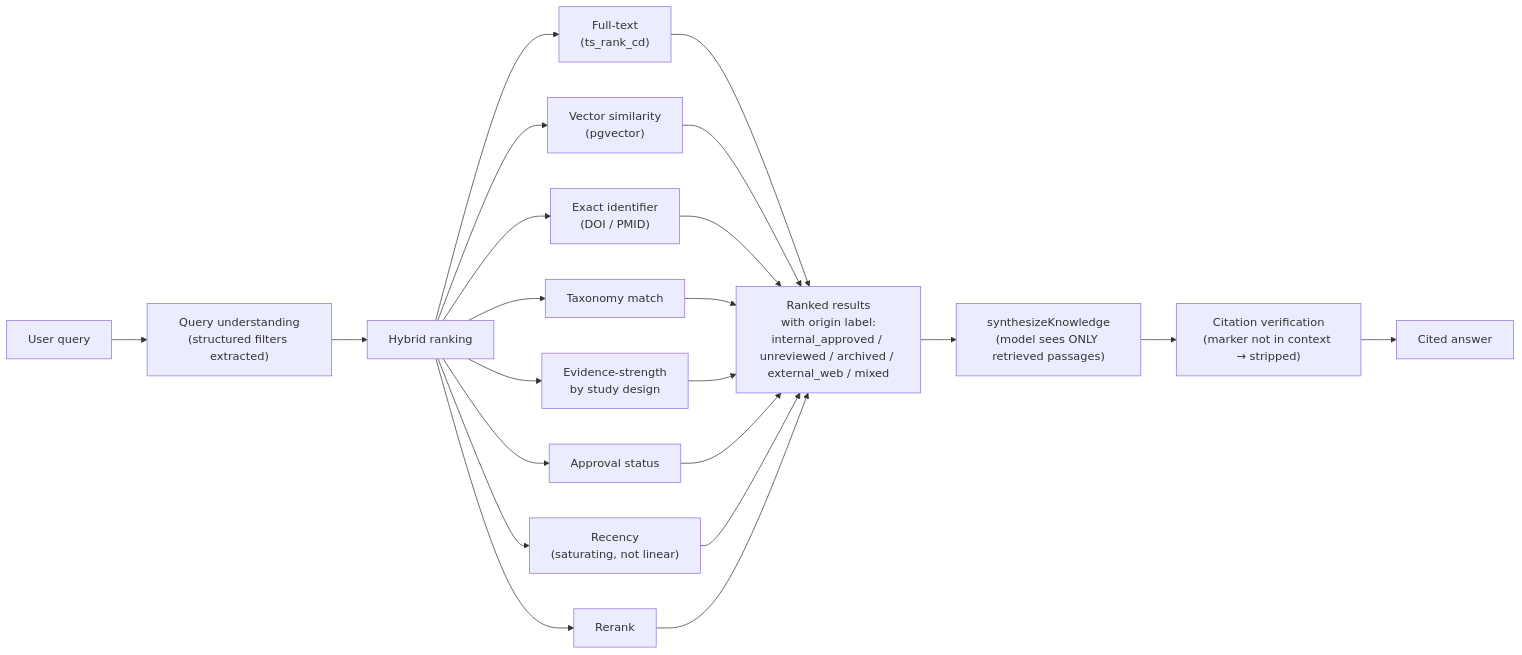
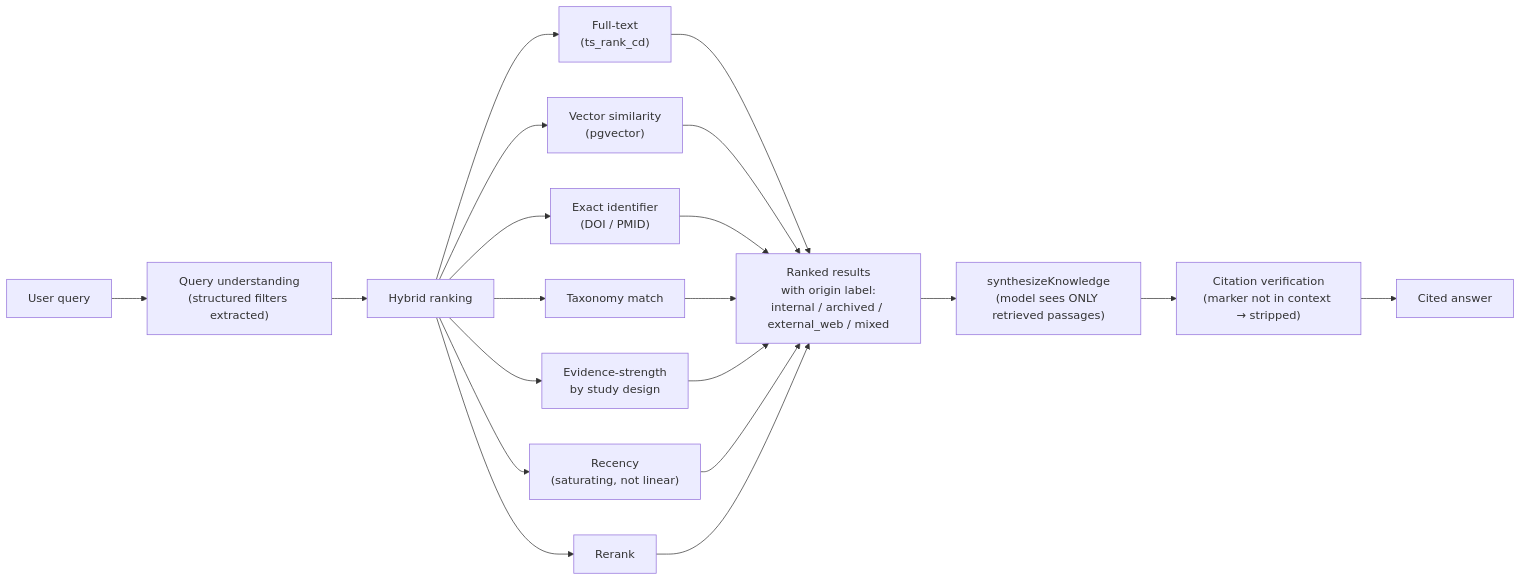
The third of 4 diagrams in docs/architecture.md (PriyanshuAGOG/finni), drawn with Mermaid before and after one commit. The commit also changed other lines of this file, not shown here.

Commit message:
Align architecture docs with review-free ingestion

````diff
--- a/docs/architecture.md
+++ b/docs/architecture.md
@@ -107,17 +107,16 @@
 ```mermaid
 flowchart LR
     Q["User query"] --> QU["Query understanding\n(structured filters extracted)"]
     QU --> Hybrid["Hybrid ranking"]
     Hybrid --> FTS["Full-text\n(ts_rank_cd)"]
     Hybrid --> Vec["Vector similarity\n(pgvector)"]
     Hybrid --> Ident["Exact identifier\n(DOI / PMID)"]
     Hybrid --> Tax["Taxonomy match"]
     Hybrid --> Evid["Evidence-strength\nby study design"]
-    Hybrid --> Appr["Approval status"]
     Hybrid --> Rec["Recency\n(saturating, not linear)"]
     Hybrid --> Rerank["Rerank"]
-    FTS & Vec & Ident & Tax & Evid & Appr & Rec & Rerank --> Results["Ranked results\nwith origin label:\ninternal_approved / unreviewed / archived / external_web / mixed"]
+    FTS & Vec & Ident & Tax & Evid & Rec & Rerank --> Results["Ranked results\nwith origin label:\ninternal / archived / external_web / mixed"]
     Results --> Synth["synthesizeKnowledge\n(model sees ONLY retrieved passages)"]
     Synth --> Verify["Citation verification\n(marker not in context → stripped)"]
     Verify --> Answer["Cited answer"]
 ```
````
